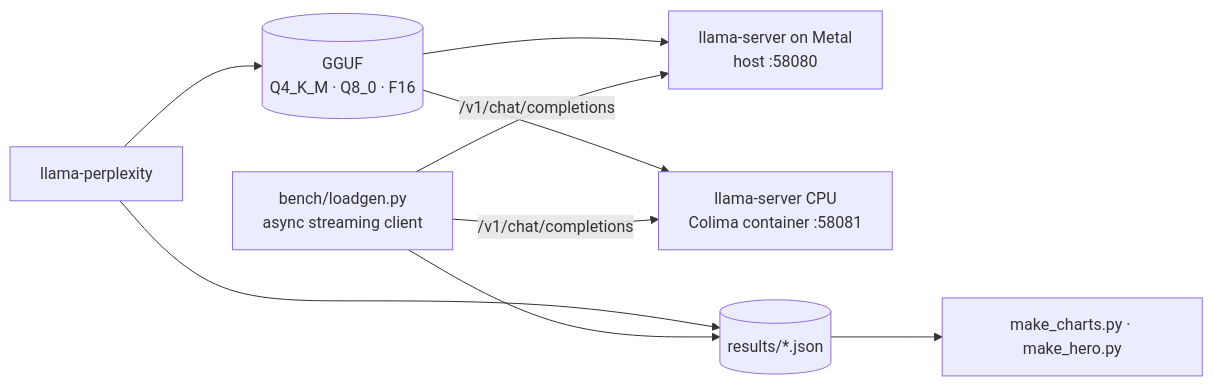
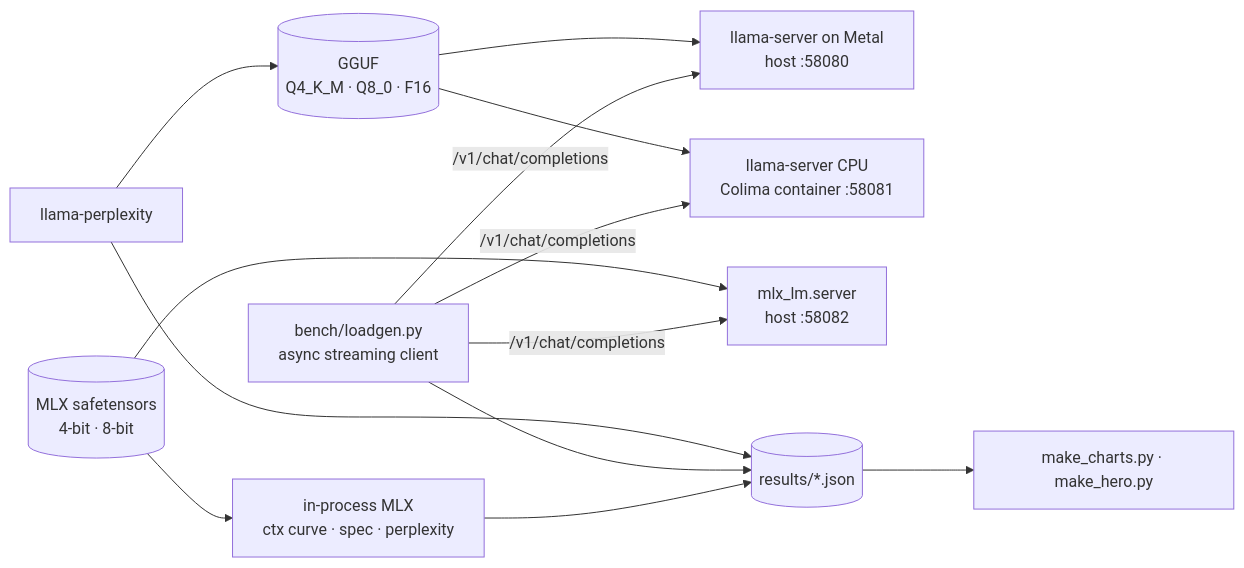
One commit to masterfabric/masterfabric-llm-serving-bench changed the diagram in README.md. Above: the diagram before and after it, drawn with Mermaid. The commit also changed other lines of this file and 2 other files, not shown here.

Commit message:
README: MLX vs llama.cpp, long-context curve and speculative decoding with figures; limitations

````diff
--- a/README.md
+++ b/README.md
@@ -47,11 +59,15 @@
 ```mermaid
 flowchart LR
   LG[bench/loadgen.py<br/>async streaming client] -->|/v1/chat/completions| M[llama-server on Metal<br/>host :58080]
   LG -->|/v1/chat/completions| C[llama-server CPU<br/>Colima container :58081]
+  LG -->|/v1/chat/completions| X[mlx_lm.server<br/>host :58082]
+  W[(MLX safetensors<br/>4-bit · 8-bit)] --> X
+  W --> IP[in-process MLX<br/>ctx curve · spec · perplexity]
+  IP --> R
   G[(GGUF<br/>Q4_K_M · Q8_0 · F16)] --> M
   G --> C
   P[llama-perplexity] --> G
   LG --> R[(results/*.json)]
   P --> R
   R --> V[make_charts.py · make_hero.py]
 ```
````
